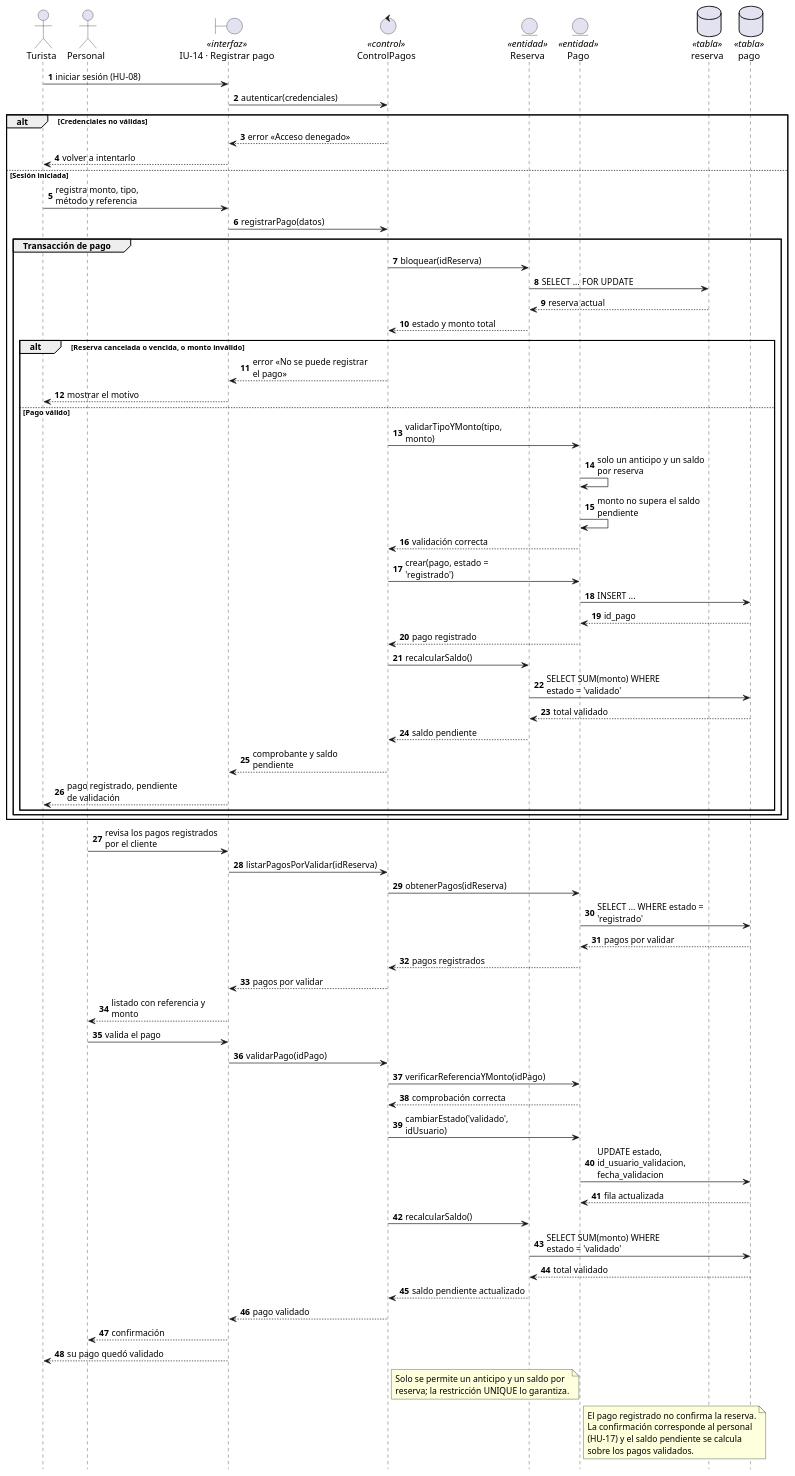
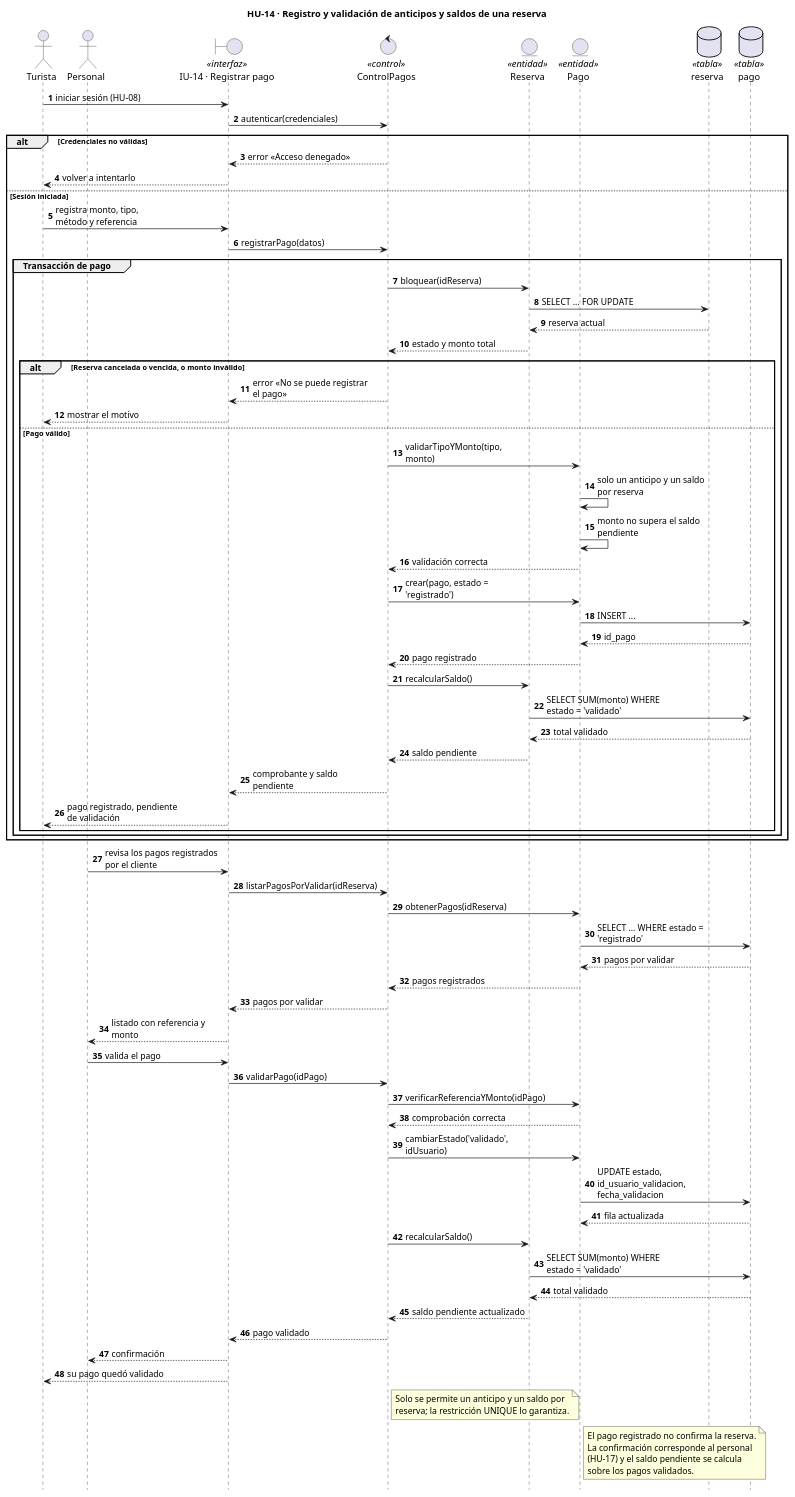
Before and after one commit to fervflow/sis-inf3-proyecto-formativo: the diagram in sistema/diagramas/uml/secuencia/hu-14-registrar-pago.puml, drawn with PlantUML. The commit also changed 24 other files, not shown here.

Commit message:
feat: titulo de HU en diagramas de secuencia

```diff
--- a/sistema/diagramas/uml/secuencia/hu-14-registrar-pago.puml
+++ b/sistema/diagramas/uml/secuencia/hu-14-registrar-pago.puml
@@ -1,93 +1,93 @@
 @startuml
-' HU-14 · Registro y validación de anticipos y saldos de una reserva
+title HU-14 · Registro y validación de anticipos y saldos de una reserva
 ' El cliente puede registrar su pago en el acceso directo; el personal lo
 ' valida. El pago no confirma la reserva por sí solo.
 hide footbox
 autonumber
 skinparam maxMessageSize 175
 
 actor "Turista" as TUR
 actor "Personal" as PER
 boundary "IU-14 · Registrar pago" as UI <<interfaz>>
 control "ControlPagos" as CTRL <<control>>
 entity "Reserva" as E_RESERVA <<entidad>>
 entity "Pago" as E_PAGO <<entidad>>
 database "reserva" as T_RESERVA <<tabla>>
 database "pago" as T_PAGO <<tabla>>
 
 TUR -> UI : iniciar sesión (HU-08)
 UI -> CTRL : autenticar(credenciales)
 
 alt Credenciales no válidas
     CTRL --> UI : error «Acceso denegado»
     UI --> TUR : volver a intentarlo
 else Sesión iniciada
     TUR -> UI : registra monto, tipo, método y referencia
     UI -> CTRL : registrarPago(datos)
 
     group Transacción de pago
         CTRL -> E_RESERVA : bloquear(idReserva)
         E_RESERVA -> T_RESERVA : SELECT ... FOR UPDATE
         T_RESERVA --> E_RESERVA : reserva actual
         E_RESERVA --> CTRL : estado y monto total
 
         alt Reserva cancelada o vencida, o monto inválido
             CTRL --> UI : error «No se puede registrar el pago»
             UI --> TUR : mostrar el motivo
         else Pago válido
             CTRL -> E_PAGO : validarTipoYMonto(tipo, monto)
             E_PAGO -> E_PAGO : solo un anticipo y un saldo por reserva
             E_PAGO -> E_PAGO : monto no supera el saldo pendiente
             E_PAGO --> CTRL : validación correcta
             CTRL -> E_PAGO : crear(pago, estado = 'registrado')
             E_PAGO -> T_PAGO : INSERT ...
             T_PAGO --> E_PAGO : id_pago
             E_PAGO --> CTRL : pago registrado
 
             CTRL -> E_RESERVA : recalcularSaldo()
             E_RESERVA -> T_PAGO : SELECT SUM(monto) WHERE estado = 'validado'
             T_PAGO --> E_RESERVA : total validado
             E_RESERVA --> CTRL : saldo pendiente
 
             CTRL --> UI : comprobante y saldo pendiente
             UI --> TUR : pago registrado, pendiente de validación
         end
     end
 end
 
 PER -> UI : revisa los pagos registrados por el cliente
 UI -> CTRL : listarPagosPorValidar(idReserva)
 CTRL -> E_PAGO : obtenerPagos(idReserva)
 E_PAGO -> T_PAGO : SELECT ... WHERE estado = 'registrado'
 T_PAGO --> E_PAGO : pagos por validar
 E_PAGO --> CTRL : pagos registrados
 CTRL --> UI : pagos por validar
 UI --> PER : listado con referencia y monto
 
 PER -> UI : valida el pago
 UI -> CTRL : validarPago(idPago)
 CTRL -> E_PAGO : verificarReferenciaYMonto(idPago)
 E_PAGO --> CTRL : comprobación correcta
 CTRL -> E_PAGO : cambiarEstado('validado', idUsuario)
 E_PAGO -> T_PAGO : UPDATE estado, id_usuario_validacion, fecha_validacion
 T_PAGO --> E_PAGO : fila actualizada
 CTRL -> E_RESERVA : recalcularSaldo()
 E_RESERVA -> T_PAGO : SELECT SUM(monto) WHERE estado = 'validado'
 T_PAGO --> E_RESERVA : total validado
 E_RESERVA --> CTRL : saldo pendiente actualizado
 CTRL --> UI : pago validado
 UI --> PER : confirmación
 UI --> TUR : su pago quedó validado
 
 note right of CTRL
     Solo se permite un anticipo y un saldo por
     reserva; la restricción UNIQUE lo garantiza.
 end note
 
 note right of E_PAGO
     El pago registrado no confirma la reserva.
     La confirmación corresponde al personal
     (HU-17) y el saldo pendiente se calcula
     sobre los pagos validados.
 end note
 @enduml
```
